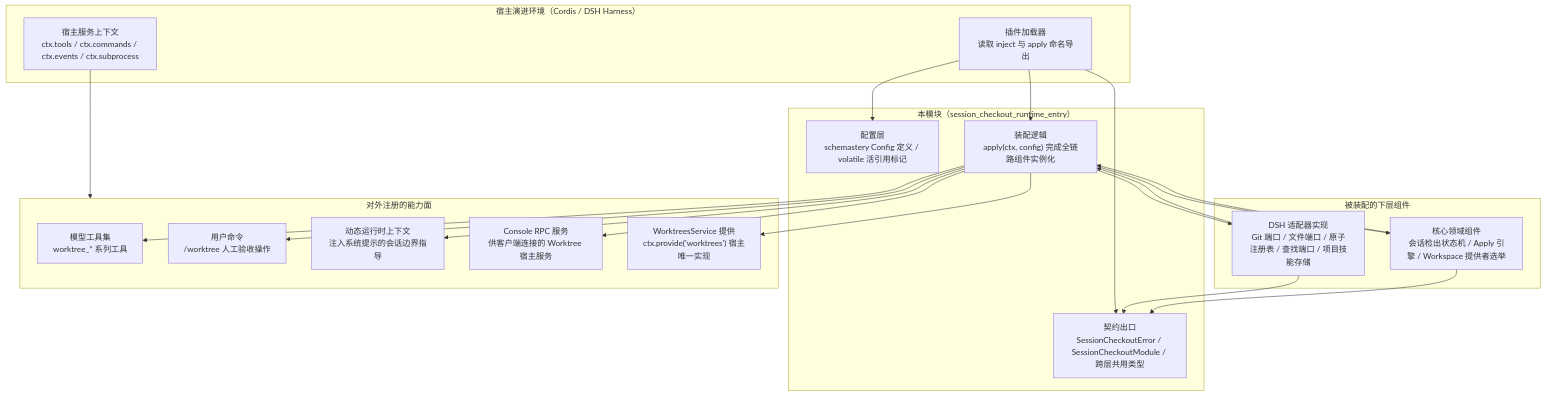
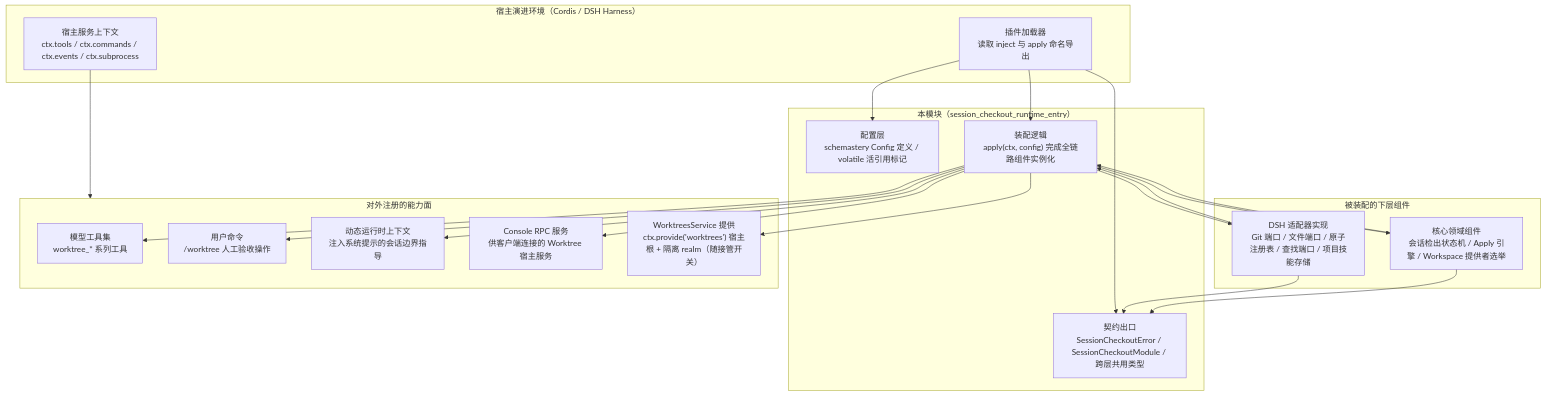
Before and after one commit to ikliml666/dsh-git-workspace: the diagram in .codewiki/_native-state/docs/core_worktree_domain_and_infrastructure/session_checkout_domain/session_checkout_runtime/session_checkout_runtime_entry.md, drawn with Mermaid. The commit also changed other lines of this file and 55 other files, not shown here.

````diff
--- a/.codewiki/_native-state/docs/core_worktree_domain_and_infrastructure/session_checkout_domain/session_checkout_runtime/session_checkout_runtime_entry.md
+++ b/.codewiki/_native-state/docs/core_worktree_domain_and_infrastructure/session_checkout_domain/session_checkout_runtime/session_checkout_runtime_entry.md
@@ -14,42 +14,42 @@
 ```mermaid
 flowchart TB
     subgraph HOST["宿主演进环境（Cordis / DSH Harness）"]
         LOADER["插件加载器<br/>读取 inject 与 apply 命名导出"]
         CTX["宿主服务上下文<br/>ctx.tools / ctx.commands / ctx.events / ctx.subprocess"]
     end
 
     subgraph ENTRY["本模块（session_checkout_runtime_entry）"]
         CONTRACT["契约出口<br/>SessionCheckoutError / SessionCheckoutModule / 跨层共用类型"]
         CFG["配置层<br/>schemastery Config 定义 / volatile 活引用标记"]
         ASSEMBLE["装配逻辑<br/>apply(ctx, config) 完成全链路组件实例化"]
     end
 
     subgraph DEPS["被装配的下层组件"]
         ADAPTERS["DSH 适配器实现<br/>Git 端口 / 文件端口 / 原子注册表 / 查找端口 / 项目技能存储"]
         DOMAIN["核心领域组件<br/>会话检出状态机 / Apply 引擎 / Workspace 提供者选举"]
     end
 
     subgraph SURFACE["对外注册的能力面"]
         TOOLS["模型工具集<br/>worktree_* 系列工具"]
         CMD["用户命令<br/>/worktree 人工验收操作"]
         RUNTIME_CTX["动态运行时上下文<br/>注入系统提示的会话边界指导"]
         CONSOLE_SVC["Console RPC 服务<br/>供客户端连接的 Worktree 宿主服务"]
-        WT_SVC["WorktreesService 提供<br/>ctx.provide('worktrees') 宿主唯一实现"]
+        WT_SVC["WorktreesService 提供<br/>ctx.provide('worktrees') 宿主根 + 隔离 realm（随接管开关）"]
     end
 
     LOADER --> CONTRACT
     LOADER --> CFG
     LOADER --> ASSEMBLE
     CTX --> SURFACE
     ASSEMBLE --> ADAPTERS
     ASSEMBLE --> DOMAIN
     ADAPTERS --> CONTRACT
     DOMAIN --> CONTRACT
     ADAPTERS --> ASSEMBLE
     DOMAIN --> ASSEMBLE
     ASSEMBLE --> TOOLS
     ASSEMBLE --> CMD
     ASSEMBLE --> RUNTIME_CTX
     ASSEMBLE --> CONSOLE_SVC
     ASSEMBLE --> WT_SVC
 ```
````
